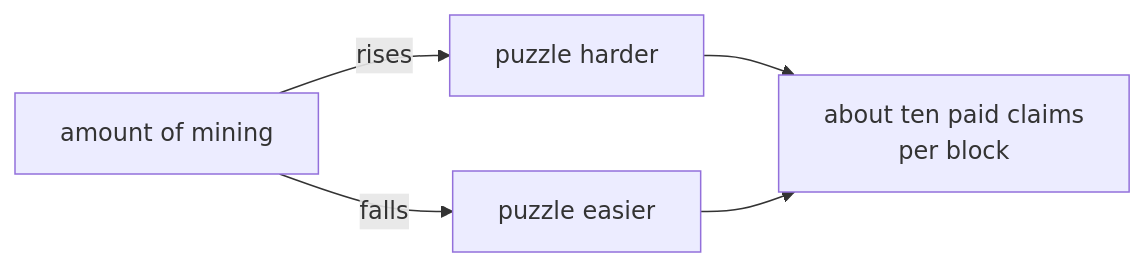
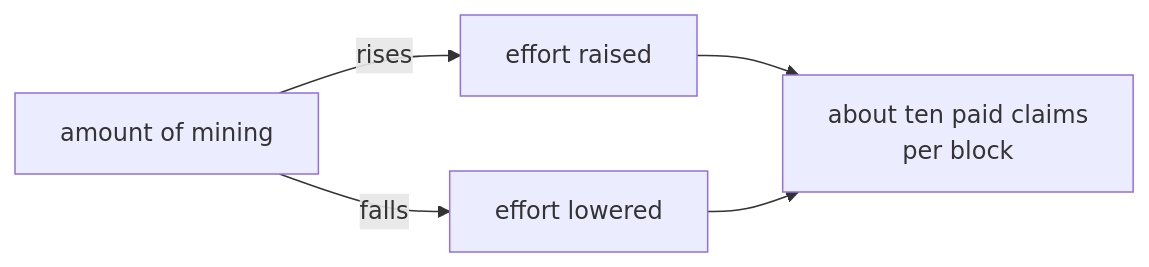
The second of 4 diagrams in docs/blockchain/raw/proof-of-work.md (logos-co/logos-lips), drawn with Mermaid before and after one commit. The commit also changed other lines of this file and 1 other file, not shown here.

First line of the commit message:
pow: solve the reward puzzle with Equi-X against an effort target

````diff
--- a/docs/blockchain/raw/proof-of-work.md
+++ b/docs/blockchain/raw/proof-of-work.md
@@ -57,7 +61,7 @@
 ```mermaid
 graph LR
-    m["amount of mining"] -- "rises" --> mh["puzzle harder"]
-    m -- "falls" --> me["puzzle easier"]
+    m["amount of mining"] -- "rises" --> mh["effort raised"]
+    m -- "falls" --> me["effort lowered"]
     mh --> mt["about ten paid claims<br/>per block"]
     me --> mt
 ```
````
